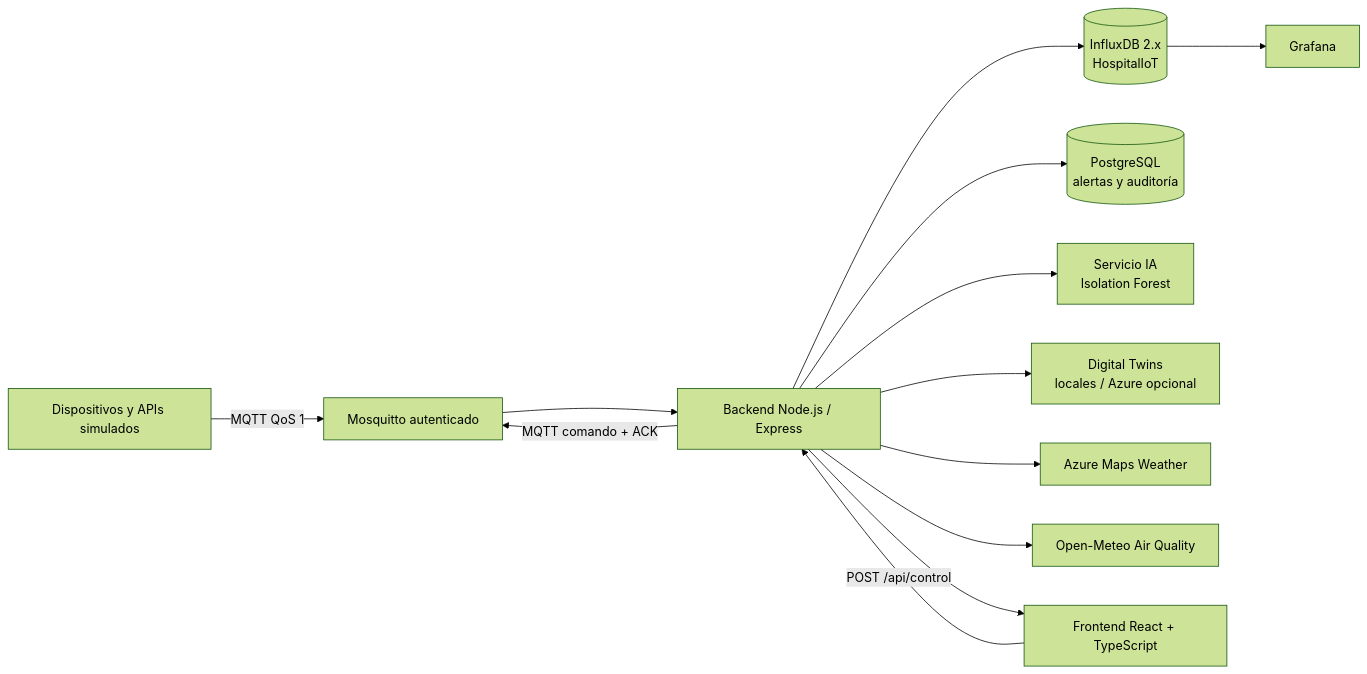
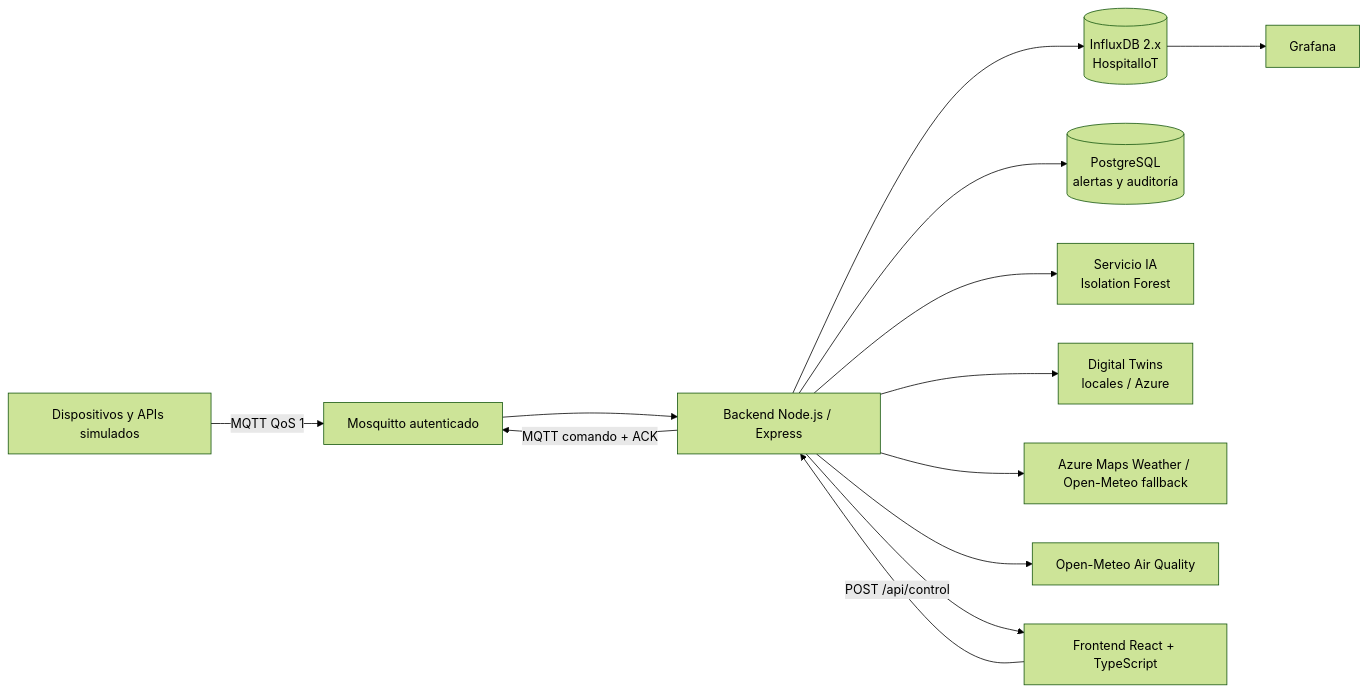
Before and after one commit to SofiOyola/Hospital-Inteligente-IoT: the diagram in README.md, drawn with Mermaid (forest theme). The commit also changed other lines of this file and 10 other files, not shown here.

````diff
--- a/README.md
+++ b/README.md
@@ -9,15 +9,15 @@
 ```mermaid
 flowchart LR
   S[Dispositivos y APIs simulados] -->|MQTT QoS 1| M[Mosquitto autenticado]
   M --> B[Backend Node.js / Express]
   B --> I[(InfluxDB 2.x<br/>HospitalIoT)]
   B --> P[(PostgreSQL<br/>alertas y auditoría)]
   B --> A[Servicio IA<br/>Isolation Forest]
-  B --> T[Digital Twins<br/>locales / Azure opcional]
-  B --> W[Azure Maps Weather]
+  B --> T[Digital Twins<br/>locales / Azure]
+  B --> W[Azure Maps Weather / Open-Meteo fallback]
   B --> O[Open-Meteo Air Quality]
   I --> G[Grafana]
   B --> F[Frontend React + TypeScript]
   F -->|POST /api/control| B
   B -->|MQTT comando + ACK| M
 ```
````
